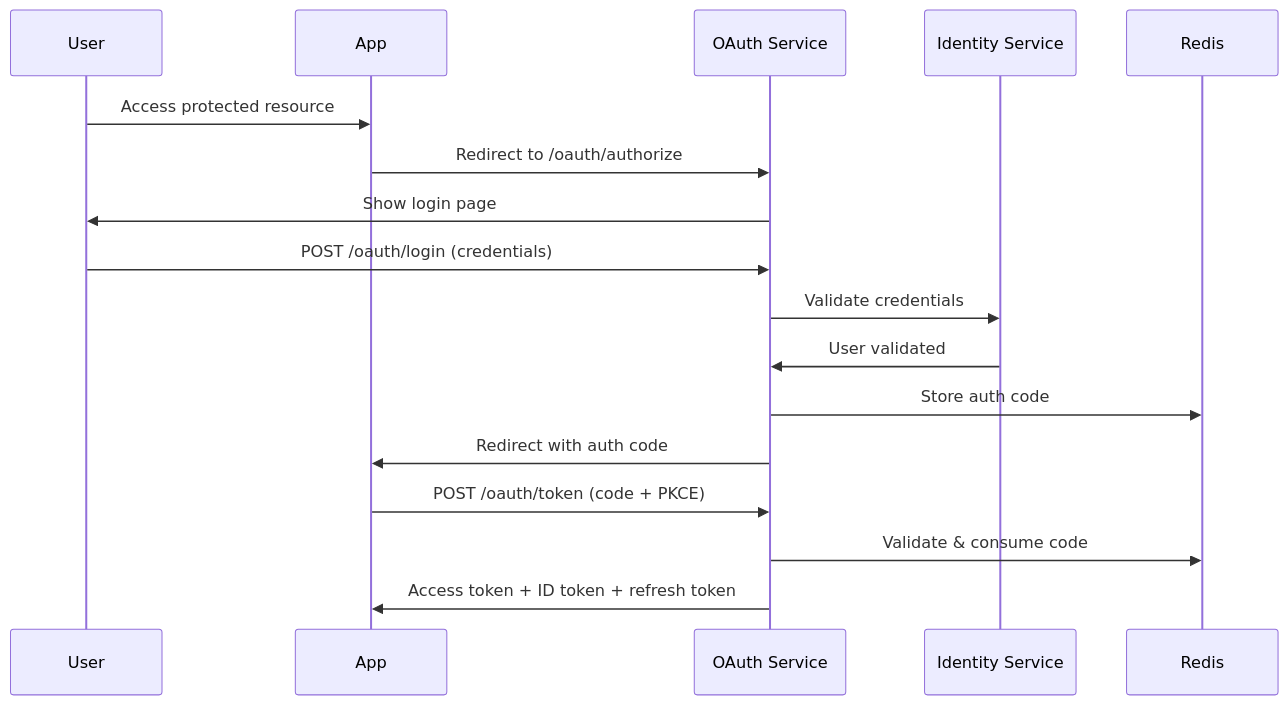
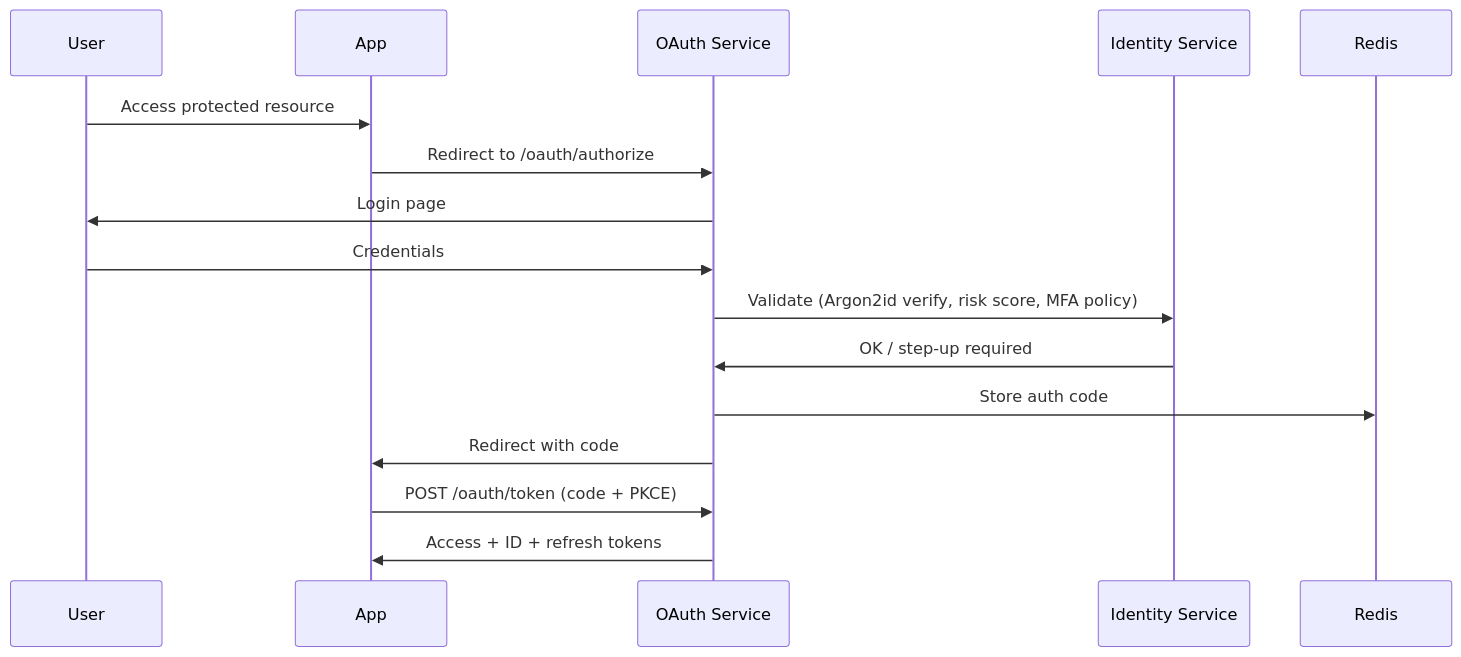
One commit to mhmtgngr/openidx changed the second of 2 diagrams in docs/docs/guide/architecture.md. Above: the diagram before and after it, drawn with Mermaid. The commit also changed other lines of this file and 10 other files, not shown here.

````diff
--- a/docs/docs/guide/architecture.md
+++ b/docs/docs/guide/architecture.md
@@ -102,20 +102,19 @@
 ```mermaid
 sequenceDiagram
     participant User
     participant App
     participant OAuth as OAuth Service
     participant Identity as Identity Service
     participant Redis
 
     User->>App: Access protected resource
     App->>OAuth: Redirect to /oauth/authorize
-    OAuth->>User: Show login page
-    User->>OAuth: POST /oauth/login (credentials)
-    OAuth->>Identity: Validate credentials
-    Identity->>OAuth: User validated
+    OAuth->>User: Login page
+    User->>OAuth: Credentials
+    OAuth->>Identity: Validate (Argon2id verify, risk score, MFA policy)
+    Identity->>OAuth: OK / step-up required
     OAuth->>Redis: Store auth code
-    OAuth->>App: Redirect with auth code
+    OAuth->>App: Redirect with code
     App->>OAuth: POST /oauth/token (code + PKCE)
-    OAuth->>Redis: Validate & consume code
-    OAuth->>App: Access token + ID token + refresh token
+    OAuth->>App: Access + ID + refresh tokens
 ```
````
